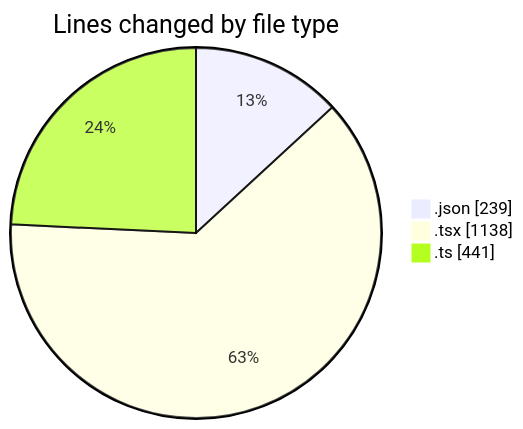
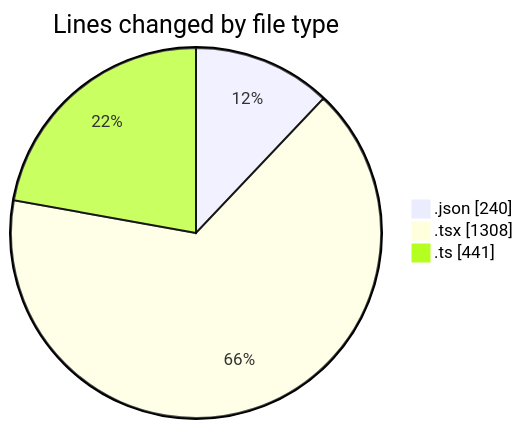
One commit to julien-gomy/code-tracking changed the first of 2 diagrams in 2025-11-17/eventscop-frontend-guide__workspace_/README.md. Above: the diagram before and after it, drawn with Mermaid. The commit also changed other lines of this file and 1 other file, not shown here.

````diff
--- a/2025-11-17/eventscop-frontend-guide__workspace_/README.md
+++ b/2025-11-17/eventscop-frontend-guide__workspace_/README.md
@@ -27,7 +28,7 @@
 ```mermaid
 pie showData
 title Lines changed by file type
-".json" : 239
-".tsx" : 1138
+".json" : 240
+".tsx" : 1308
 ".ts" : 441
 ```
````
